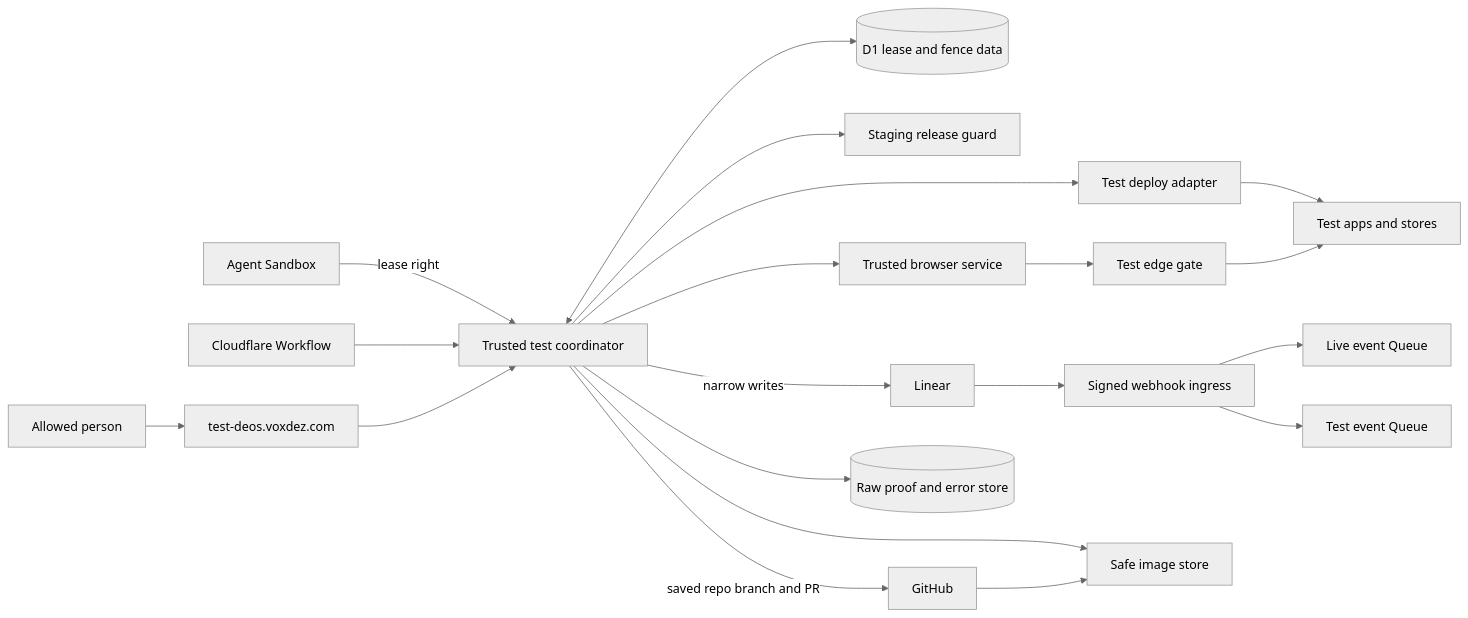
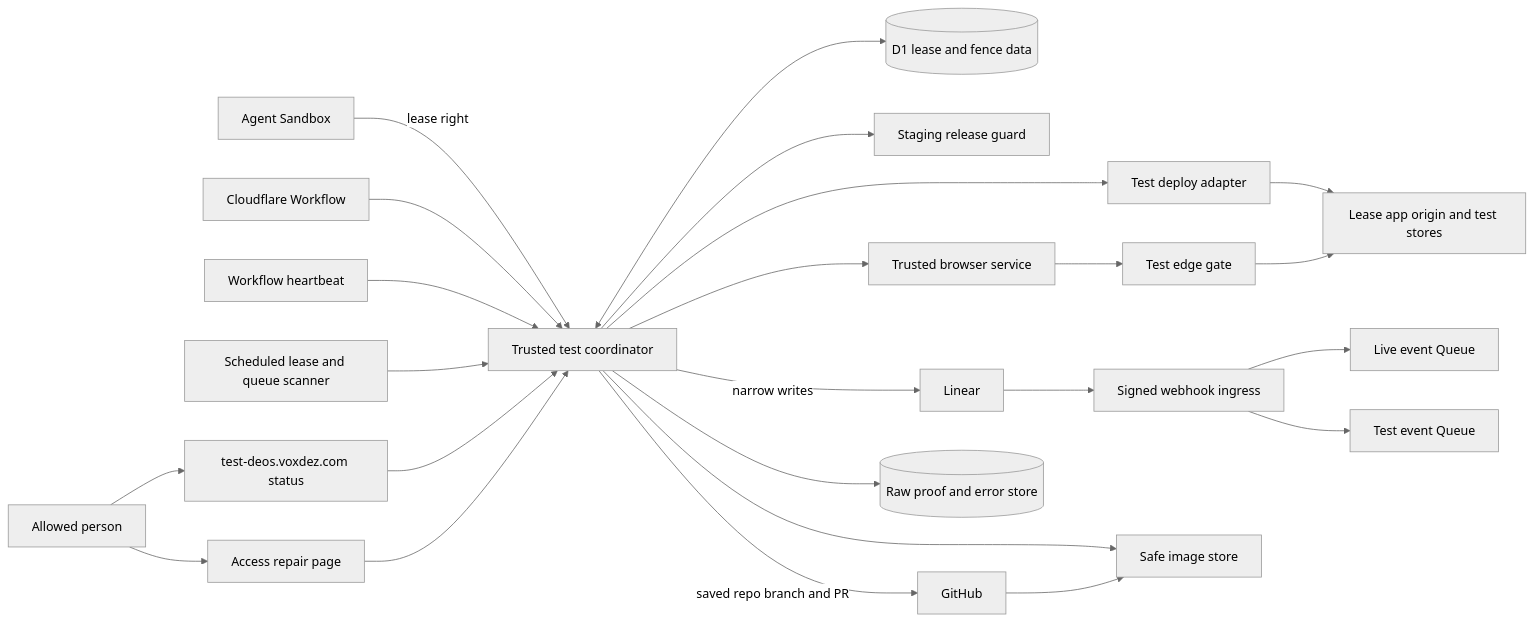
The diagram in openspec/changes/sac-253/design.md (sachinkundu/deos), drawn with Mermaid (neutral theme) before and after one commit. The commit also changed other lines of this file, not shown here.

Commit message:
DEOS planning manifest workflow:2a653831-c1ec-4db7-972a-d0d08ac0a3d8:c9b7b008-f13b-4d58-bc55-64b84775d161:run:1:system_action:publish_design_response:github.publish_design_candidate:3f5e413acc3d34a7753fbcd532b8ca558c9ddbca7707470e959a7316dc25acfb:33

````diff
--- a/openspec/changes/sac-253/design.md
+++ b/openspec/changes/sac-253/design.md
@@ -38,22 +41,26 @@
 ```mermaid
 flowchart LR
     A[Agent Sandbox] -->|lease right| C[Trusted test coordinator]
     W[Cloudflare Workflow] --> C
+    H[Workflow heartbeat] --> C
+    N[Scheduled lease and queue scanner] --> C
     C <--> D[(D1 lease and fence data)]
     C --> S[Staging release guard]
     C --> X[Test deploy adapter]
-    X --> T[Test apps and stores]
+    X --> T[Lease app origin and test stores]
     C --> B[Trusted browser service]
     B --> E[Test edge gate]
     E --> T
-    O[Allowed person] --> P[test-deos.voxdez.com]
+    O[Allowed person] --> P[test-deos.voxdez.com status]
     P --> C
+    O --> M[Access repair page]
+    M --> C
     L[Linear] --> I[Signed webhook ingress]
     I --> Q[Live event Queue]
     I --> TQ[Test event Queue]
     C -->|narrow writes| L
     C -->|saved repo branch and PR| G[GitHub]
     C --> R[(Raw proof and error store)]
     C --> SI[Safe image store]
     G --> SI
 ```
````
